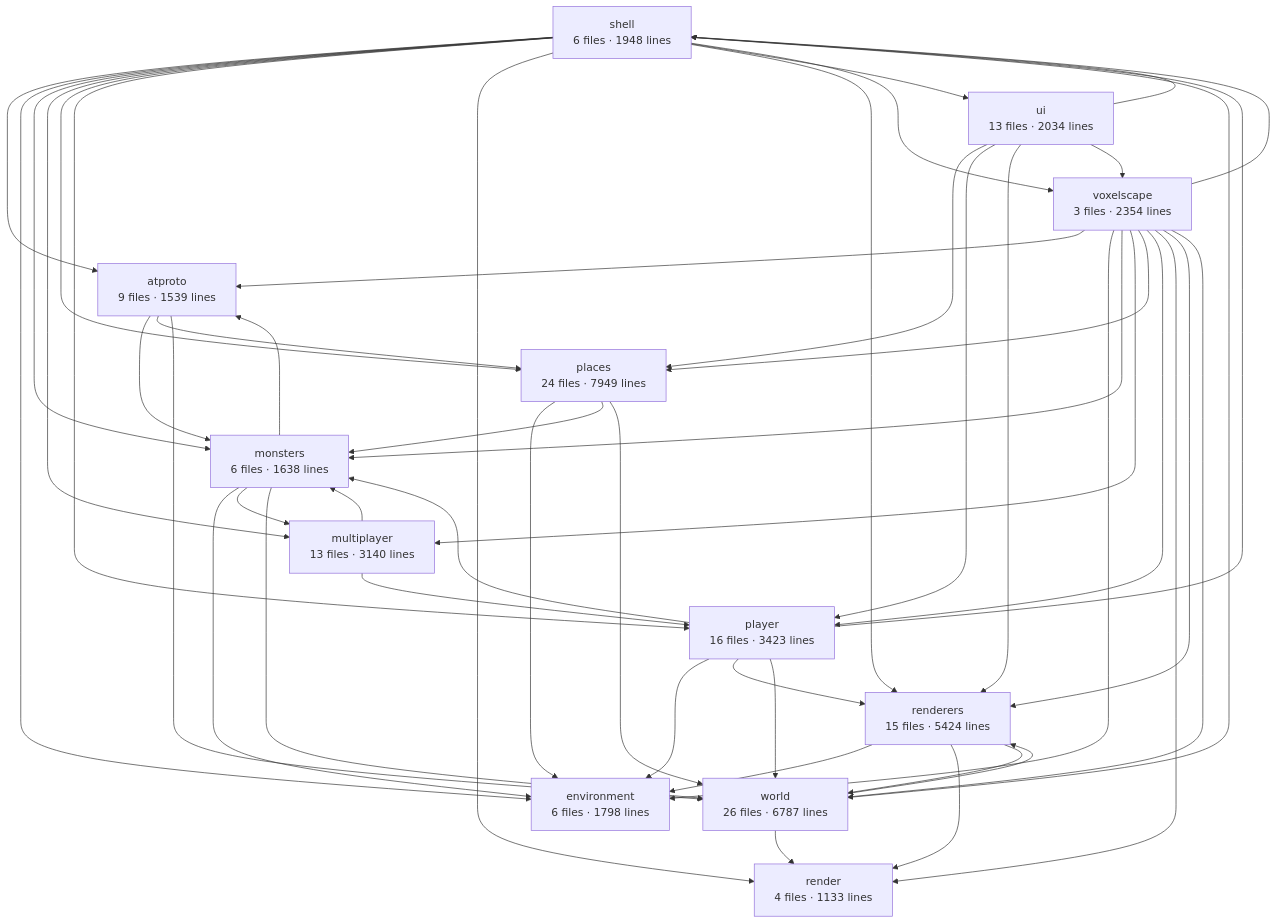
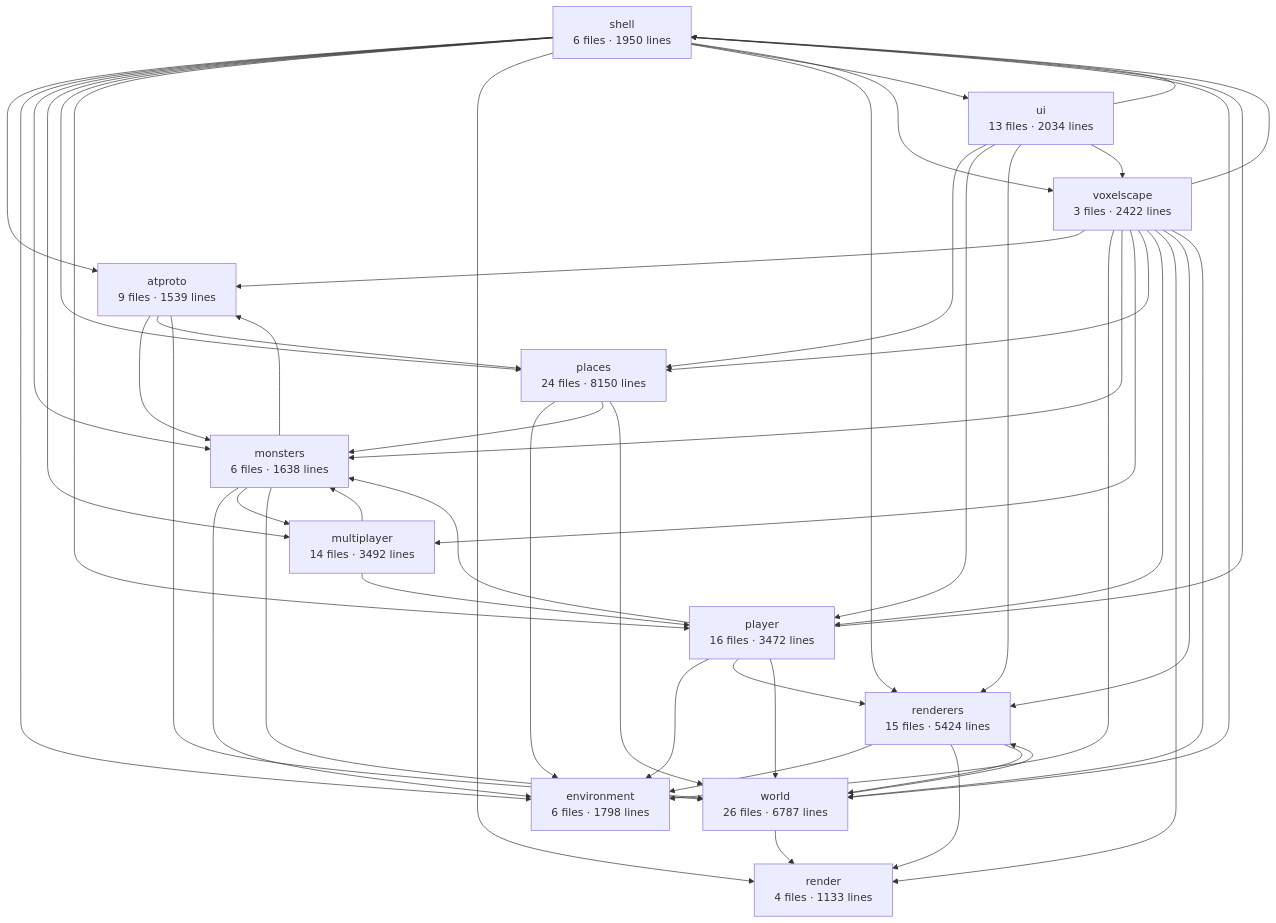
The diagram in apps/voxelscape/docs/architecture.md (clinuxrulz/big-mesh-studios), drawn with Mermaid before and after one commit. The commit also changed other lines of this file and 22 other files, not shown here.

````diff
--- a/apps/voxelscape/docs/architecture.md
+++ b/apps/voxelscape/docs/architecture.md
@@ -6,63 +6,63 @@
 ```mermaid
 graph TD
-  shell["shell<br/>6 files · 1948 lines"]
-  voxelscape["voxelscape<br/>3 files · 2354 lines"]
+  shell["shell<br/>6 files · 1950 lines"]
+  voxelscape["voxelscape<br/>3 files · 2422 lines"]
   world["world<br/>26 files · 6787 lines"]
   renderers["renderers<br/>15 files · 5424 lines"]
   render["render<br/>4 files · 1133 lines"]
-  player["player<br/>16 files · 3423 lines"]
+  player["player<br/>16 files · 3472 lines"]
   monsters["monsters<br/>6 files · 1638 lines"]
-  multiplayer["multiplayer<br/>13 files · 3140 lines"]
-  places["places<br/>24 files · 7949 lines"]
+  multiplayer["multiplayer<br/>14 files · 3492 lines"]
+  places["places<br/>24 files · 8150 lines"]
   environment["environment<br/>6 files · 1798 lines"]
   atproto["atproto<br/>9 files · 1539 lines"]
   ui["ui<br/>13 files · 2034 lines"]
   atproto --> monsters
   atproto --> places
   atproto --> world
   monsters --> atproto
   monsters --> environment
   monsters --> multiplayer
   monsters --> world
   multiplayer --> monsters
   multiplayer --> player
   places --> environment
   places --> monsters
   places --> world
   player --> environment
   player --> monsters
   player --> renderers
   player --> shell
   player --> world
   renderers --> environment
   renderers --> render
   renderers --> world
   shell --> atproto
   shell --> environment
   shell --> monsters
   shell --> multiplayer
   shell --> places
   shell --> player
   shell --> render
   shell --> renderers
   shell --> ui
   shell --> voxelscape
   shell --> world
   ui --> places
   ui --> player
   ui --> renderers
   ui --> shell
   ui --> voxelscape
   voxelscape --> atproto
   voxelscape --> environment
   voxelscape --> monsters
   voxelscape --> multiplayer
   voxelscape --> places
   voxelscape --> player
   voxelscape --> render
   voxelscape --> renderers
   voxelscape --> shell
   voxelscape --> world
   world --> render
   world --> renderers
 ```
````
